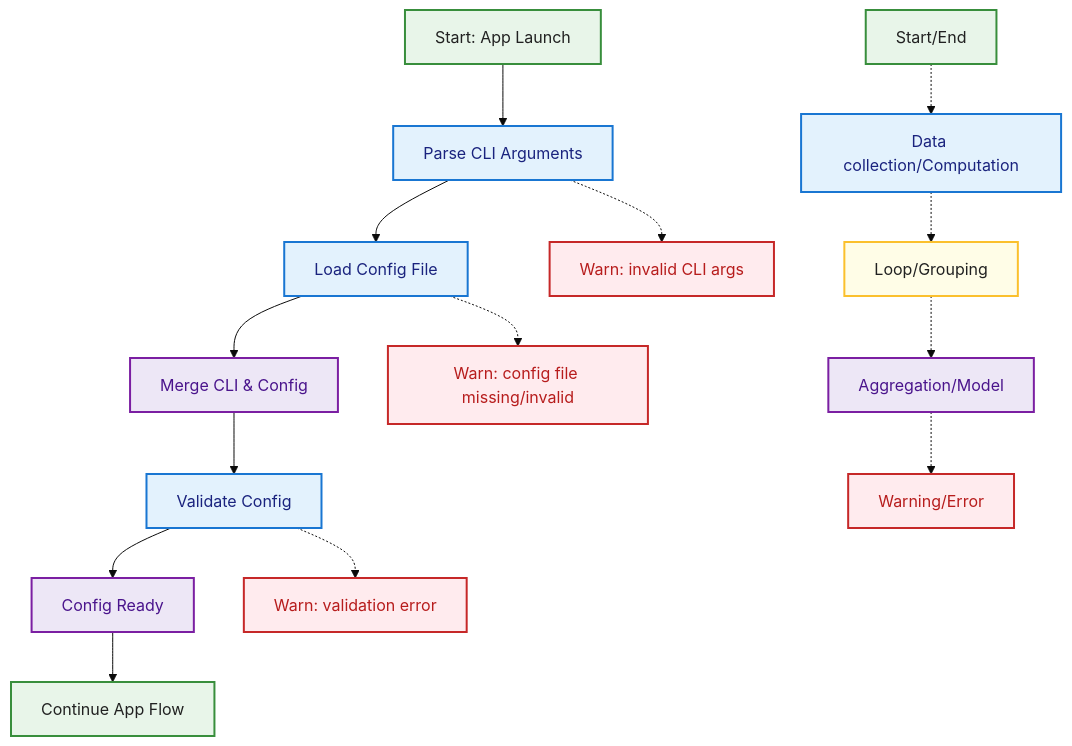
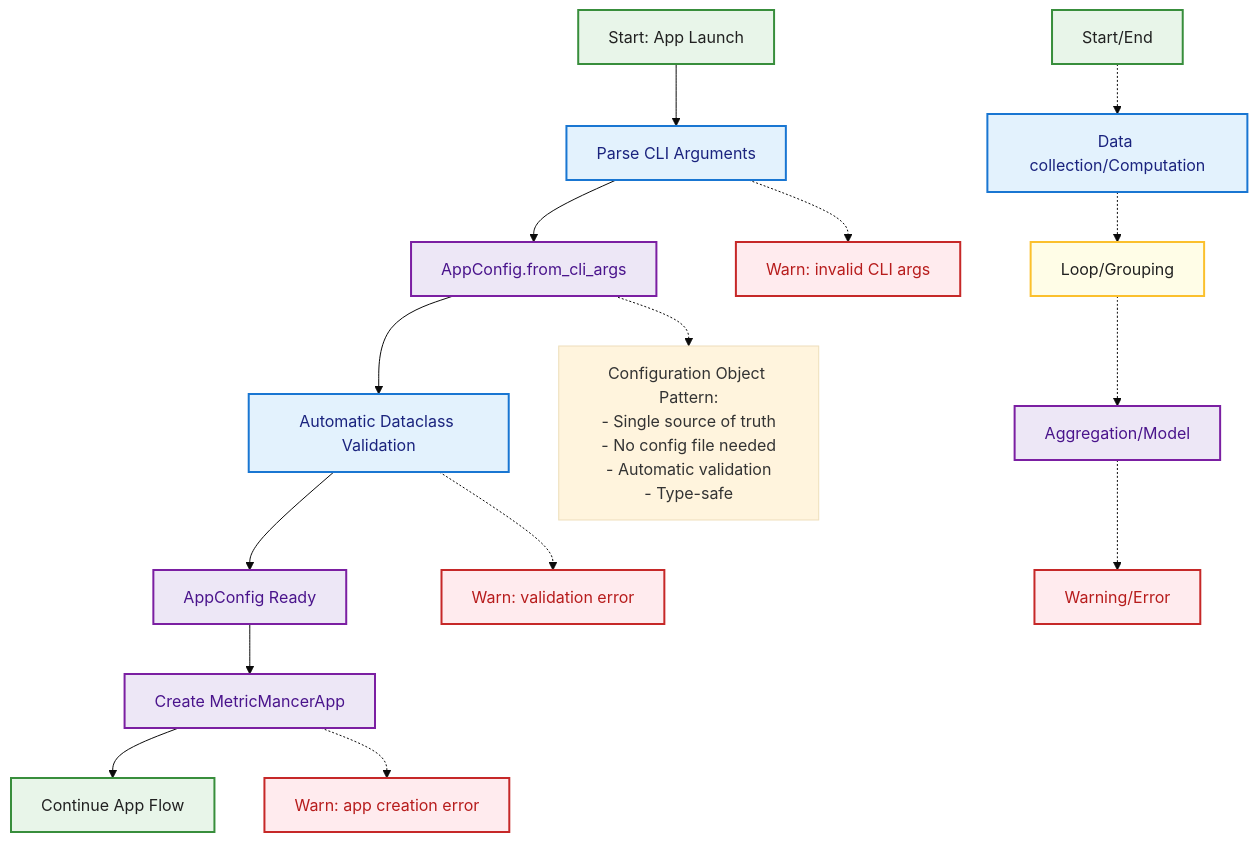
One commit to CmdrPrompt/MetricMancer changed the tenth of 11 diagrams in SoftwareSpecificationAndDesign.md. Above: the diagram before and after it, drawn with Mermaid (base theme). The commit also changed other lines of this file and 30 other files, not shown here.

````diff
--- a/SoftwareSpecificationAndDesign.md
+++ b/SoftwareSpecificationAndDesign.md
@@ -722,40 +787,44 @@
 ```mermaid
 flowchart TD
 StartConfig[Start: App Launch]:::start
-StartConfig --> CLIArgs[Parse CLI Arguments]:::calc
-CLIArgs --> ConfigFile[Load Config File]:::calc
-ConfigFile --> Merge[Merge CLI & Config]:::agg
-Merge --> Validate[Validate Config]:::calc
-Validate --> ConfigOK[Config Ready]:::agg
-ConfigOK --> EndConfig[Continue App Flow]:::start
+StartConfig --> ParseArgs[Parse CLI Arguments]:::calc
+ParseArgs --> CreateConfig[AppConfig.from_cli_args]:::agg
+CreateConfig --> AutoValidate[Automatic Dataclass Validation]:::calc
+AutoValidate --> ConfigReady[AppConfig Ready]:::agg
+ConfigReady --> CreateApp[Create MetricMancerApp]:::agg
+CreateApp --> EndConfig[Continue App Flow]:::start
 
 %% Edge cases
-ConfigFile -.-> WarnConfig[Warn: config file missing/invalid]:::warn
-CLIArgs -.-> WarnCLI[Warn: invalid CLI args]:::warn
-Validate -.-> WarnVal[Warn: validation error]:::warn
+ParseArgs -.-> WarnCLI[Warn: invalid CLI args]:::warn
+AutoValidate -.-> WarnVal[Warn: validation error]:::warn
+CreateApp -.-> WarnApp[Warn: app creation error]:::warn
+
+%% Notes
+note1[Configuration Object Pattern:<br/>- Single source of truth<br/>- No config file needed<br/>- Automatic validation<br/>- Type-safe]
+CreateConfig -.-> note1
 
 %% Legend
 LegendStart[Start/End]:::start
 LegendCalc[Data collection/Computation]:::calc
 LegendLoop[Loop/Grouping]:::loop
 LegendAgg[Aggregation/Model]:::agg
 LegendWarn[Warning/Error]:::warn
 
 LegendStart -.-> LegendCalc
 LegendCalc -.-> LegendLoop
 LegendLoop -.-> LegendAgg
 LegendAgg -.-> LegendWarn
 
 classDef start fill:#e8f5e9,stroke:#388e3c,stroke-width:2px,color:#212121;
 classDef calc fill:#e3f2fd,stroke:#1976d2,stroke-width:2px,color:#1a237e;
 classDef loop fill:#fffde7,stroke:#fbc02d,stroke-width:2px,color:#212121;
 classDef agg fill:#ede7f6,stroke:#7b1fa2,stroke-width:2px,color:#4a148c;
 classDef warn fill:#ffebee,stroke:#c62828,stroke-width:2px,color:#b71c1c;
 
 class LegendStart start;
 class LegendCalc calc;
 class LegendLoop loop;
 class LegendAgg agg;
 class LegendWarn warn;
 
 ```
````
